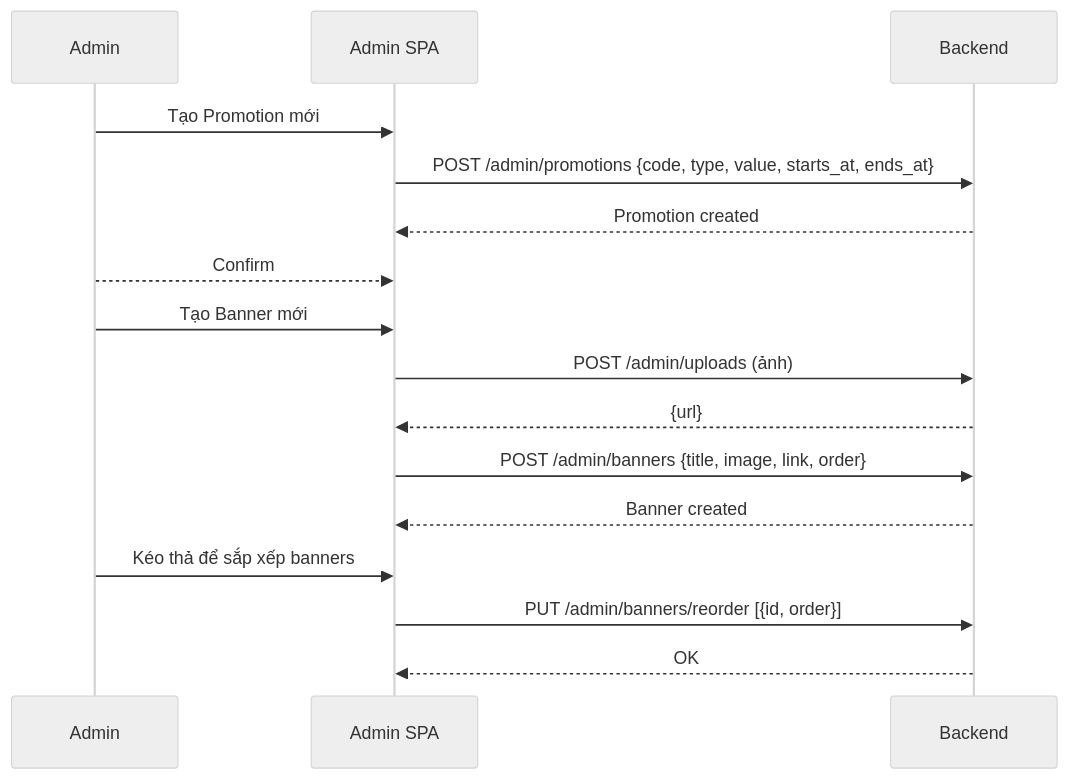
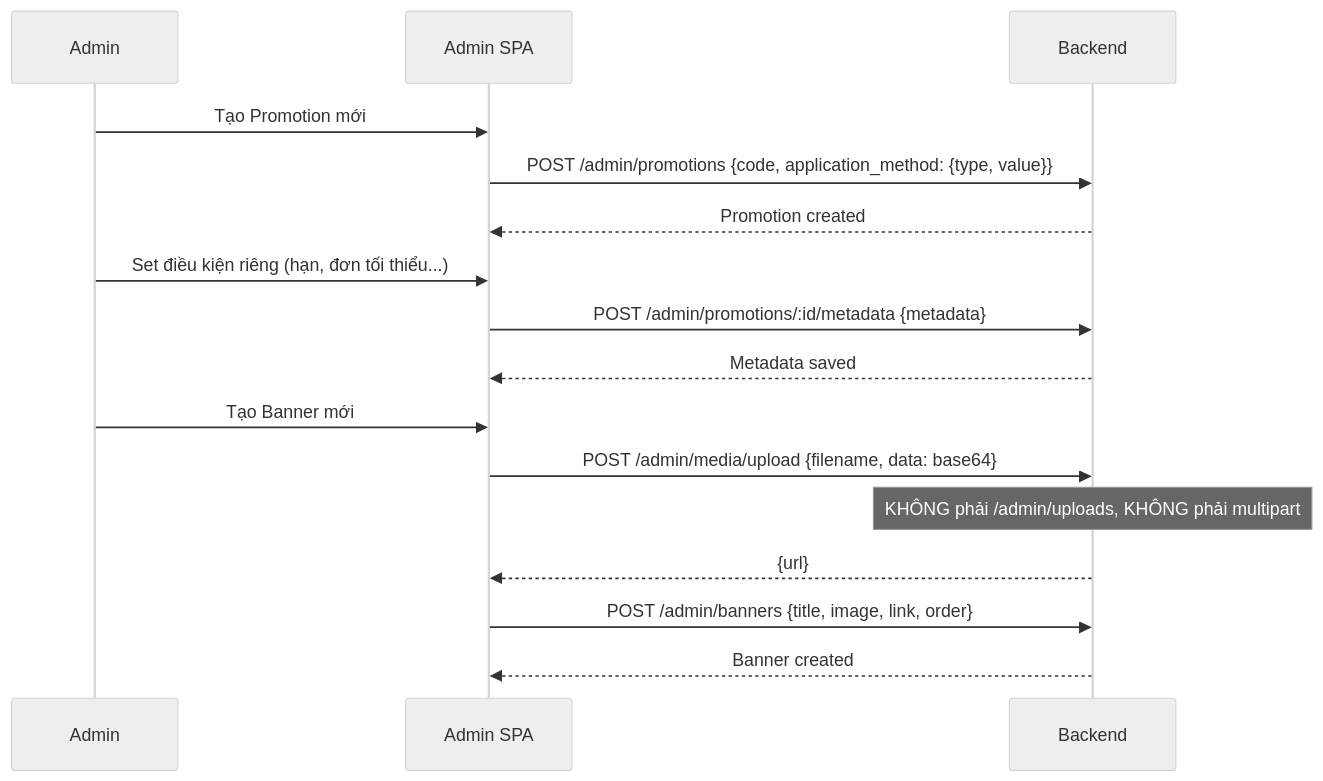
Before and after one commit to pathust/mong.fruitboxz: the third of 3 diagrams in docs/06-marketing/README.md, drawn with Mermaid (neutral theme). The commit also changed other lines of this file, not shown here.

````diff
--- a/docs/06-marketing/README.md
+++ b/docs/06-marketing/README.md
@@ -189,21 +162,20 @@
 ```mermaid
 sequenceDiagram
     participant ADM as Admin
     participant UI as Admin SPA
     participant API as Backend
 
     ADM->>UI: Tạo Promotion mới
-    UI->>API: POST /admin/promotions {code, type, value, starts_at, ends_at}
+    UI->>API: POST /admin/promotions {code, application_method: {type, value}}
     API-->>UI: Promotion created
-    ADM-->>UI: Confirm
+    ADM->>UI: Set điều kiện riêng (hạn, đơn tối thiểu...)
+    UI->>API: POST /admin/promotions/:id/metadata {metadata}
+    API-->>UI: Metadata saved
 
     ADM->>UI: Tạo Banner mới
-    UI->>API: POST /admin/uploads (ảnh)
+    UI->>API: POST /admin/media/upload {filename, data: base64}
+    Note over API: KHÔNG phải /admin/uploads, KHÔNG phải multipart
     API-->>UI: {url}
     UI->>API: POST /admin/banners {title, image, link, order}
     API-->>UI: Banner created
-
-    ADM->>UI: Kéo thả để sắp xếp banners
-    UI->>API: PUT /admin/banners/reorder [{id, order}]
-    API-->>UI: OK
 ```
````
